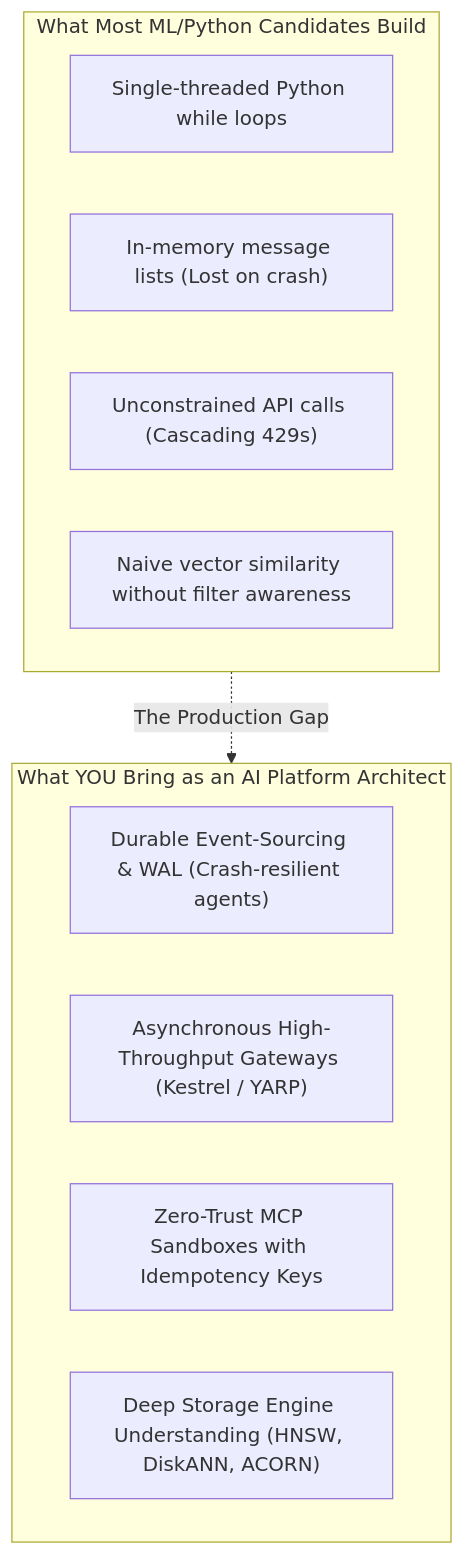
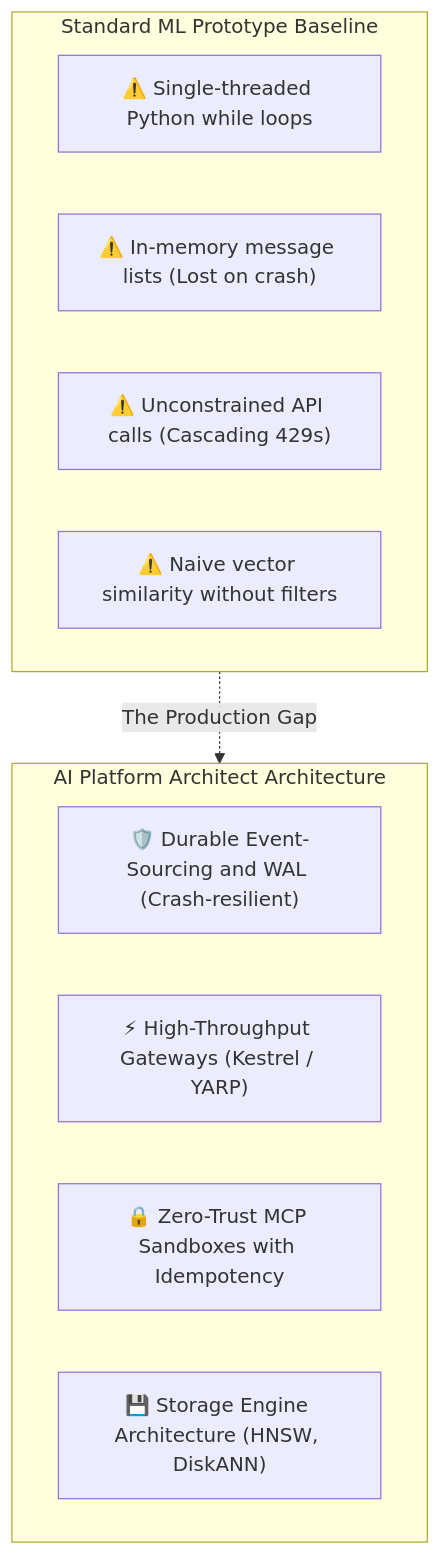
Before and after one commit to dip4k/senior-engineer-to-ai-engineer-roadmap: the tenth of 10 diagrams in interview/ai-platform-engineer-handbook.md, drawn with Mermaid. The commit also changed other lines of this file and 94 other files, not shown here.

Commit message:
refactor(curriculum): complete Phase 04 upgrade and enforce diagram renderer invariants

````diff
--- a/interview/ai-platform-engineer-handbook.md
+++ b/interview/ai-platform-engineer-handbook.md
@@ -569,18 +569,18 @@
 ```mermaid
 flowchart TD
-    subgraph TraditionalAI ["What Most ML/Python Candidates Build"]
-        T1["Single-threaded Python while loops"]
-        T2["In-memory message lists (Lost on crash)"]
-        T3["Unconstrained API calls (Cascading 429s)"]
-        T4["Naive vector similarity without filter awareness"]
+    subgraph TraditionalAI ["Standard ML Prototype Baseline"]
+        T1["⚠️ Single-threaded Python while loops"]
+        T2["⚠️ In-memory message lists (Lost on crash)"]
+        T3["⚠️ Unconstrained API calls (Cascading 429s)"]
+        T4["⚠️ Naive vector similarity without filters"]
     end
 
-    subgraph SystemsEngineer ["What YOU Bring as an AI Platform Architect"]
-        S1["Durable Event-Sourcing & WAL (Crash-resilient agents)"]
-        S2["Asynchronous High-Throughput Gateways (Kestrel / YARP)"]
-        S3["Zero-Trust MCP Sandboxes with Idempotency Keys"]
-        S4["Deep Storage Engine Understanding (HNSW, DiskANN, ACORN)"]
+    subgraph SystemsEngineer ["AI Platform Architect Architecture"]
+        S1["🛡️ Durable Event-Sourcing and WAL (Crash-resilient)"]
+        S2["⚡ High-Throughput Gateways (Kestrel / YARP)"]
+        S3["🔒 Zero-Trust MCP Sandboxes with Idempotency"]
+        S4["💾 Storage Engine Architecture (HNSW, DiskANN)"]
     end
 
     TraditionalAI -. "The Production Gap" .-> SystemsEngineer
 ```
````
